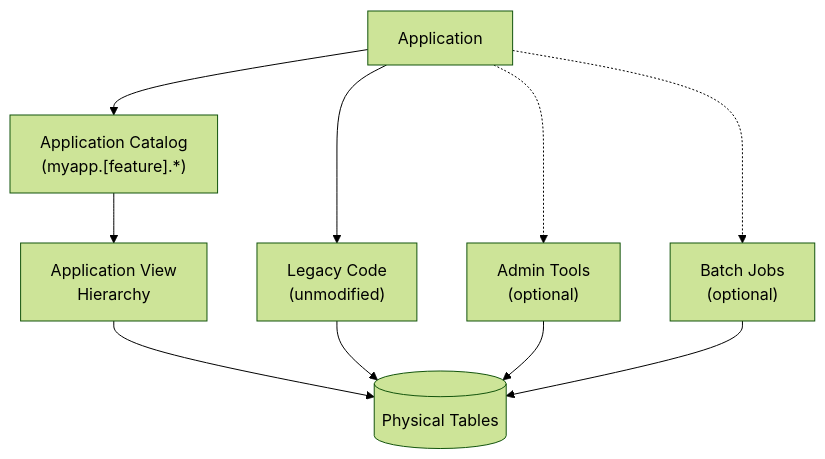
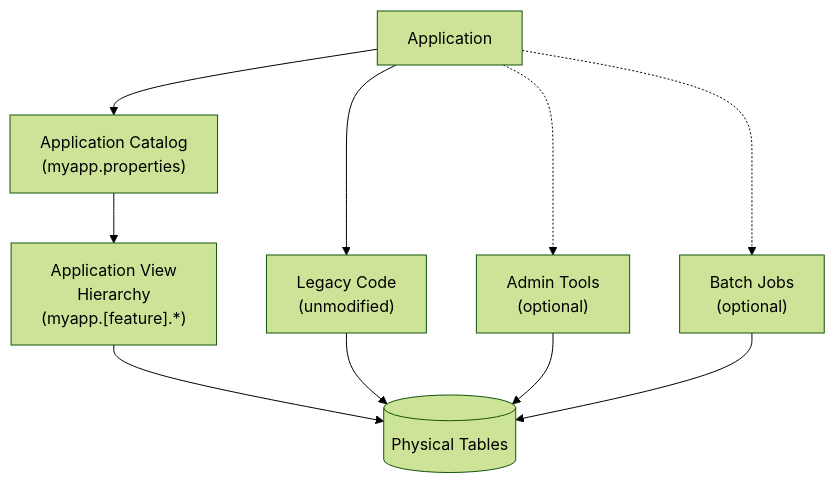
Before and after one commit to robfromboulder/virtual-view-manifesto: the first of 2 diagrams in sections/02-principles.md, drawn with Mermaid (forest theme). The commit also changed 1 other file, not shown here.

Commit message:
Tweak diagrams

````diff
--- a/sections/02-principles.md
+++ b/sections/02-principles.md
@@ -118,12 +118,12 @@
 ```mermaid
 flowchart TD
-    App["Application"] --> Catalog["Application Catalog<br/>(myapp.[feature].*)"]
-    Catalog --> Views["Application View<br/>Hierarchy"]
+    App["Application"] --> Catalog["Application Catalog<br/>(myapp.properties)"]
+    Catalog --> Views["Application View<br/>Hierarchy<br/>(myapp.[feature].*)"]
     Views --> DB[("Physical Tables")]
     App --> Legacy["Legacy Code<br/>(unmodified)"]
     Legacy --> DB
     App -.-> Admin["Admin Tools<br/>(optional)"]
     Admin --> DB
     App -.-> Batch["Batch Jobs<br/>(optional)"]
     Batch --> DB
 ```
````
